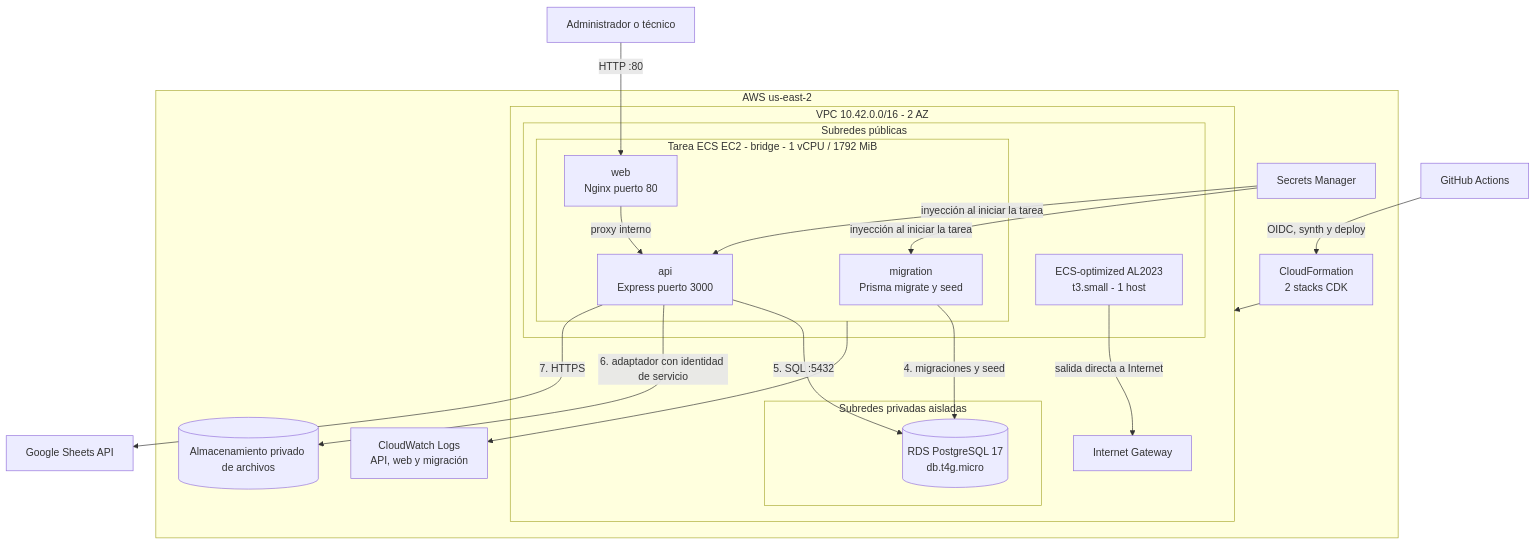
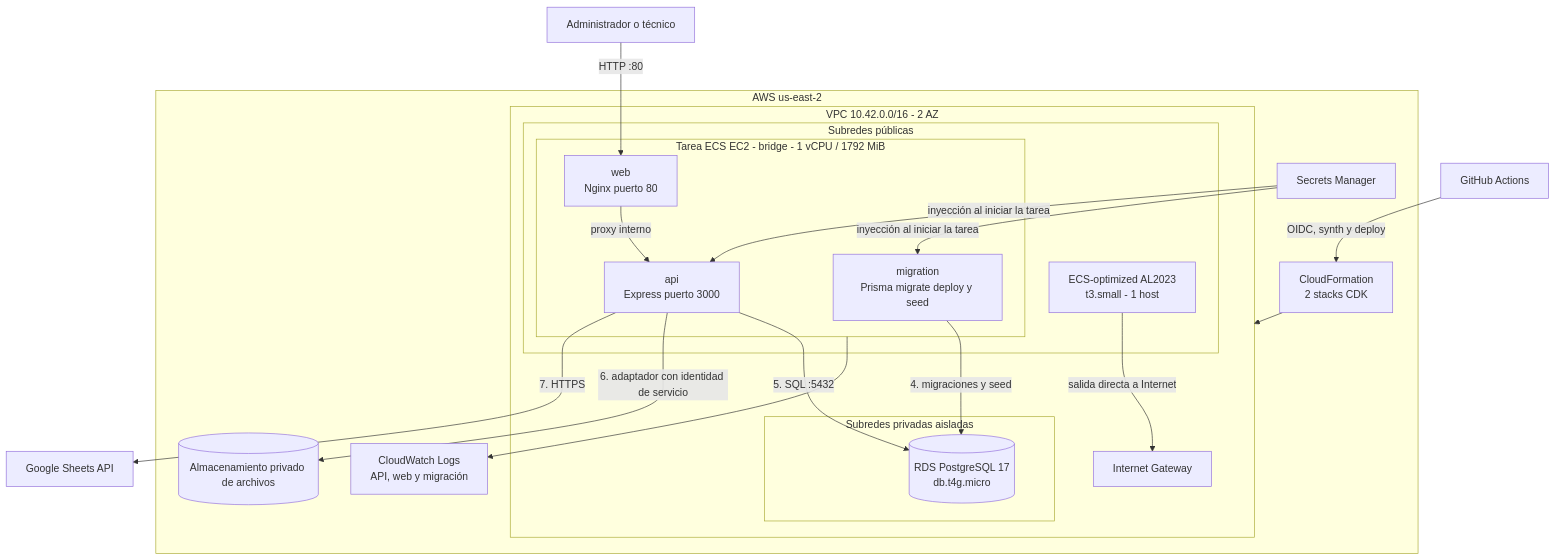
Before and after one commit to luistorres-idt/puk: the first of 5 diagrams in docs/technical/infrastructure-and-operations.md, drawn with Mermaid. The commit also changed other lines of this file and 8 other files, not shown here.

Commit message:
docs: update deployment and architecture documentation

````diff
--- a/docs/technical/infrastructure-and-operations.md
+++ b/docs/technical/infrastructure-and-operations.md
@@ -37,43 +43,43 @@
 ```mermaid
 flowchart TB
     User[Administrador o técnico]
     GitHub[GitHub Actions]
     Sheets[Google Sheets API]
 
     subgraph Region[AWS us-east-2]
         subgraph VPC[VPC 10.42.0.0/16 - 2 AZ]
             IGW[Internet Gateway]
 
             subgraph Public[Subredes públicas]
                 EC2[ECS-optimized AL2023<br/>t3.small - 1 host]
                 subgraph Task[Tarea ECS EC2 - bridge - 1 vCPU / 1792 MiB]
-                    Migration[migration<br/>Prisma migrate y seed]
+                    Migration[migration<br/>Prisma migrate deploy y seed]
                     API[api<br/>Express puerto 3000]
                     Web[web<br/>Nginx puerto 80]
                 end
             end
 
             subgraph Isolated[Subredes privadas aisladas]
                 RDS[(RDS PostgreSQL 17<br/>db.t4g.micro)]
             end
         end
 
         FileStore[(Almacenamiento privado de archivos)]
         SM[Secrets Manager]
         CW[CloudWatch Logs<br/>API, web y migración]
         CFN[CloudFormation<br/>2 stacks CDK]
     end
 
     User -->|HTTP :80| Web
     Web -->|proxy interno| API
     Migration -->|4. migraciones y seed| RDS
     API -->|5. SQL :5432| RDS
     API -->|6. adaptador con identidad de servicio| FileStore
     API -->|7. HTTPS| Sheets
     EC2 -->|salida directa a Internet| IGW
     SM -->|inyección al iniciar la tarea| Migration
     SM -->|inyección al iniciar la tarea| API
     Task --> CW
     GitHub -->|OIDC, synth y deploy| CFN
     CFN --> VPC
 ```
````
